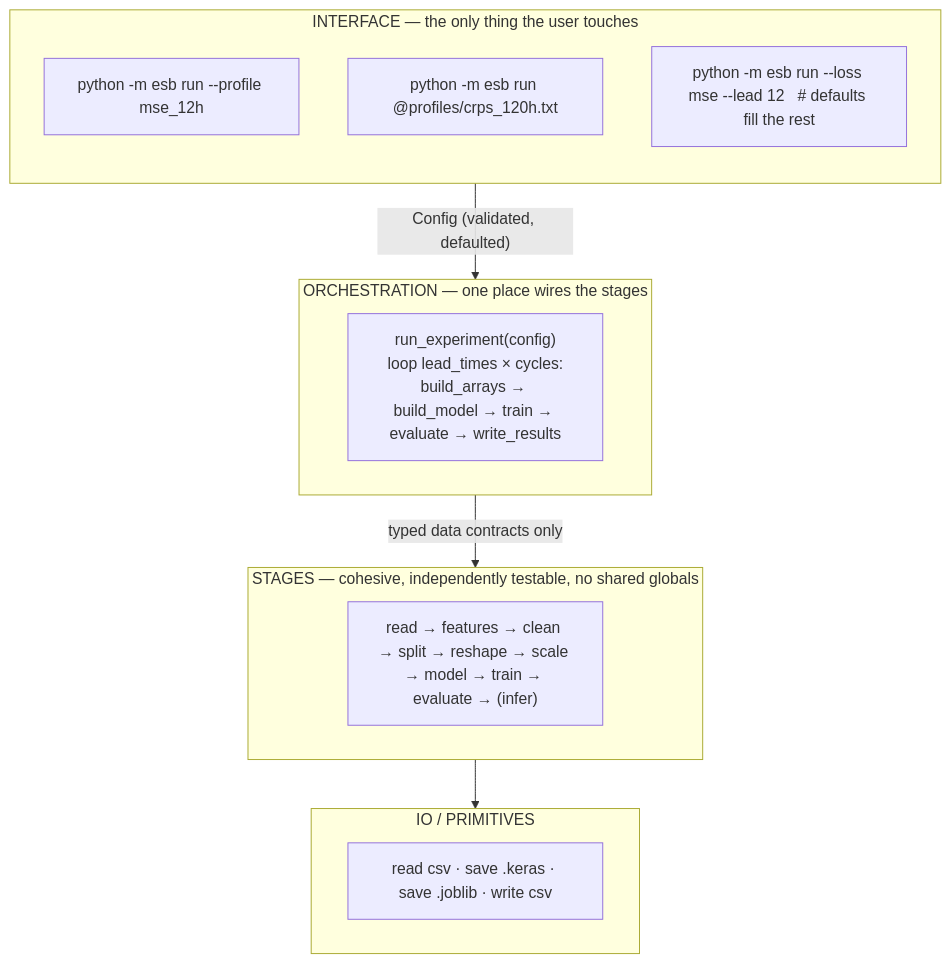
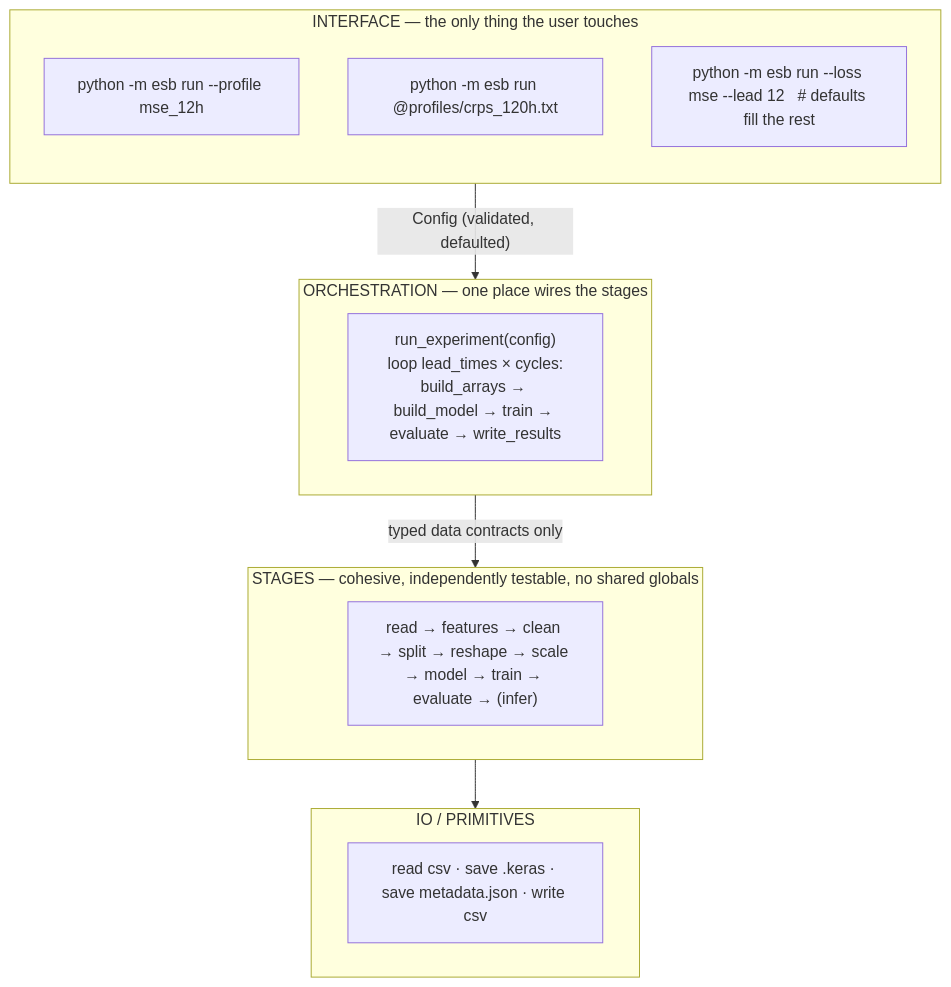
One commit to conrad-blucher-institute/UQ4ML_WaterTemp changed the first of 3 diagrams in docs/ESB_PIPELINE_DESIGN.md. Above: the diagram before and after it, drawn with Mermaid. The commit also changed other lines of this file and 24 other files, not shown here.

````diff
--- a/docs/ESB_PIPELINE_DESIGN.md
+++ b/docs/ESB_PIPELINE_DESIGN.md
@@ -43,21 +43,21 @@
 ```mermaid
 flowchart TB
   subgraph INTERFACE["INTERFACE — the only thing the user touches"]
     direction TB
     CLI1["python -m esb run --profile mse_12h"]
     CLI2["python -m esb run @profiles/crps_120h.txt"]
     CLI3["python -m esb run --loss mse --lead 12 &nbsp;&nbsp;# defaults fill the rest"]
   end
   subgraph ORCH["ORCHESTRATION — one place wires the stages"]
     RE["run_experiment(config)<br/>loop lead_times × cycles:<br/>build_arrays → build_model → train → evaluate → write_results"]
   end
   subgraph STAGES["STAGES — cohesive, independently testable, no shared globals"]
     ST["read → features → clean → split → reshape → scale → model → train → evaluate → (infer)"]
   end
   subgraph IOL["IO / PRIMITIVES"]
-    ION["read csv · save .keras · save .joblib · write csv"]
+    ION["read csv · save .keras · save metadata.json · write csv"]
   end
   INTERFACE -->|"Config (validated, defaulted)"| ORCH
   ORCH -->|"typed data contracts only"| STAGES
   STAGES --> IOL
 ```
````
